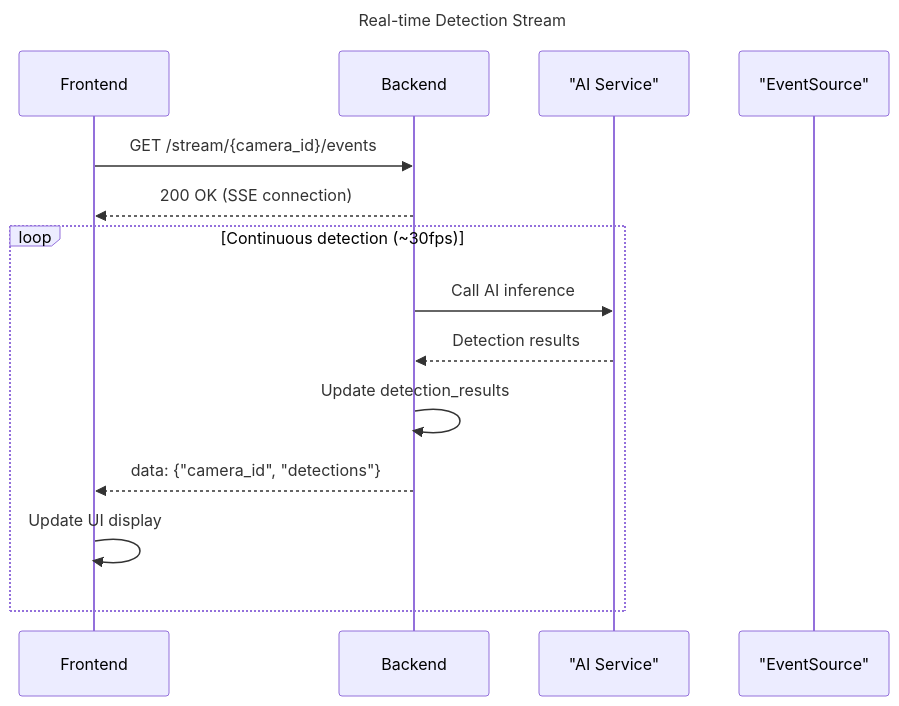
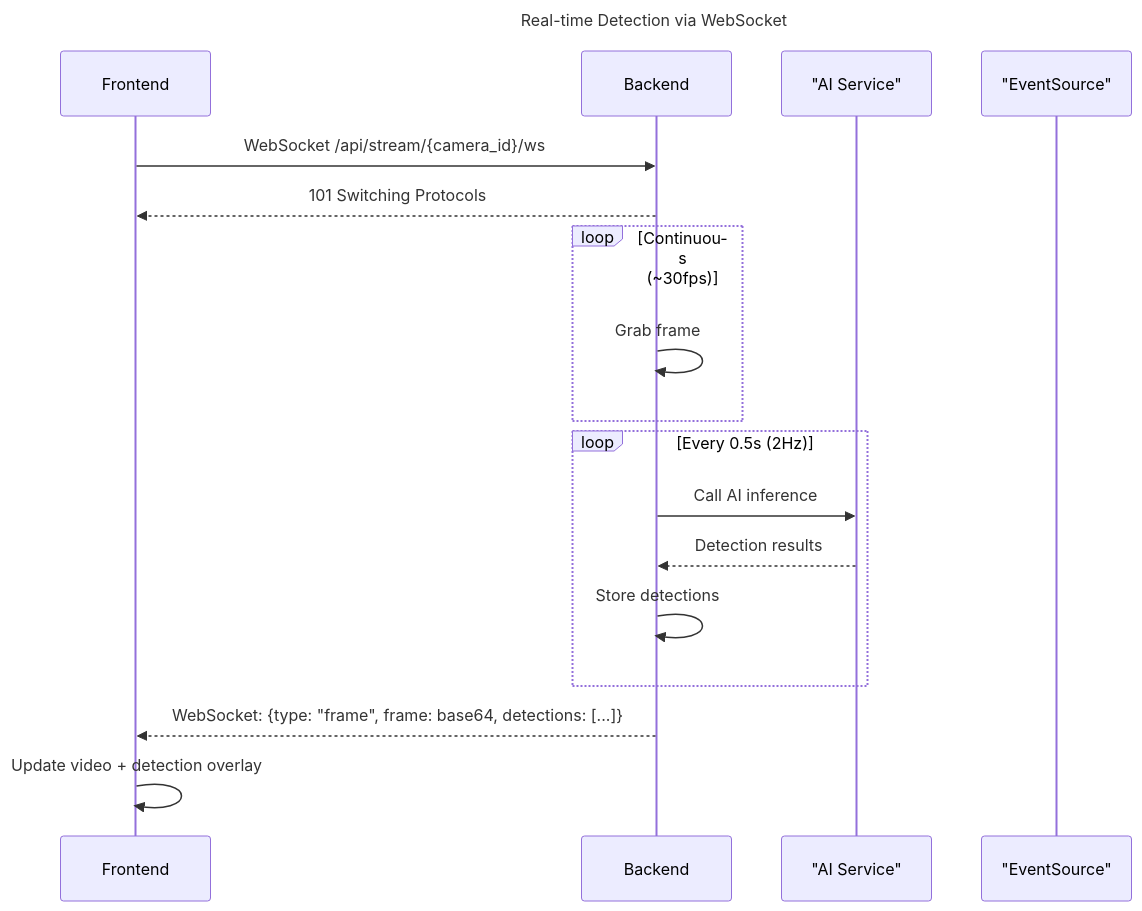
The sixth of 16 diagrams in design/03-sequence-diagrams.md (yaweiyang-sz/EASYAI), drawn with Mermaid before and after one commit. The commit also changed other lines of this file and 3 other files, not shown here.

````diff
--- a/design/03-sequence-diagrams.md
+++ b/design/03-sequence-diagrams.md
@@ -93,19 +138,22 @@
 ```mermaid
 sequenceDiagram
-    title Real-time Detection Stream
+    title Real-time Detection via WebSocket
     participant Frontend
     participant Backend
     participant "AI Service"
     participant "EventSource"
 
-    Frontend->>Backend: GET /stream/{camera_id}/events
-    Backend-->>Frontend: 200 OK (SSE connection)
+    Frontend->>Backend: WebSocket /api/stream/{camera_id}/ws
+    Backend-->>Frontend: 101 Switching Protocols
 
-    loop Continuous detection (~30fps)
+    loop Continuous (~30fps)
+        Backend->>Backend: Grab frame
+    end
+    loop Every 0.5s (2Hz)
         Backend->>"AI Service": Call AI inference
         "AI Service"-->>Backend: Detection results
-        Backend->>Backend: Update detection_results
-        Backend-->>Frontend: data: {"camera_id", "detections"}
-        Frontend->>Frontend: Update UI display
+        Backend->>Backend: Store detections
     end
+    Backend-->>Frontend: WebSocket: {type: "frame", frame: base64, detections: [...]}
+    Frontend->>Frontend: Update video + detection overlay
 ```
````
